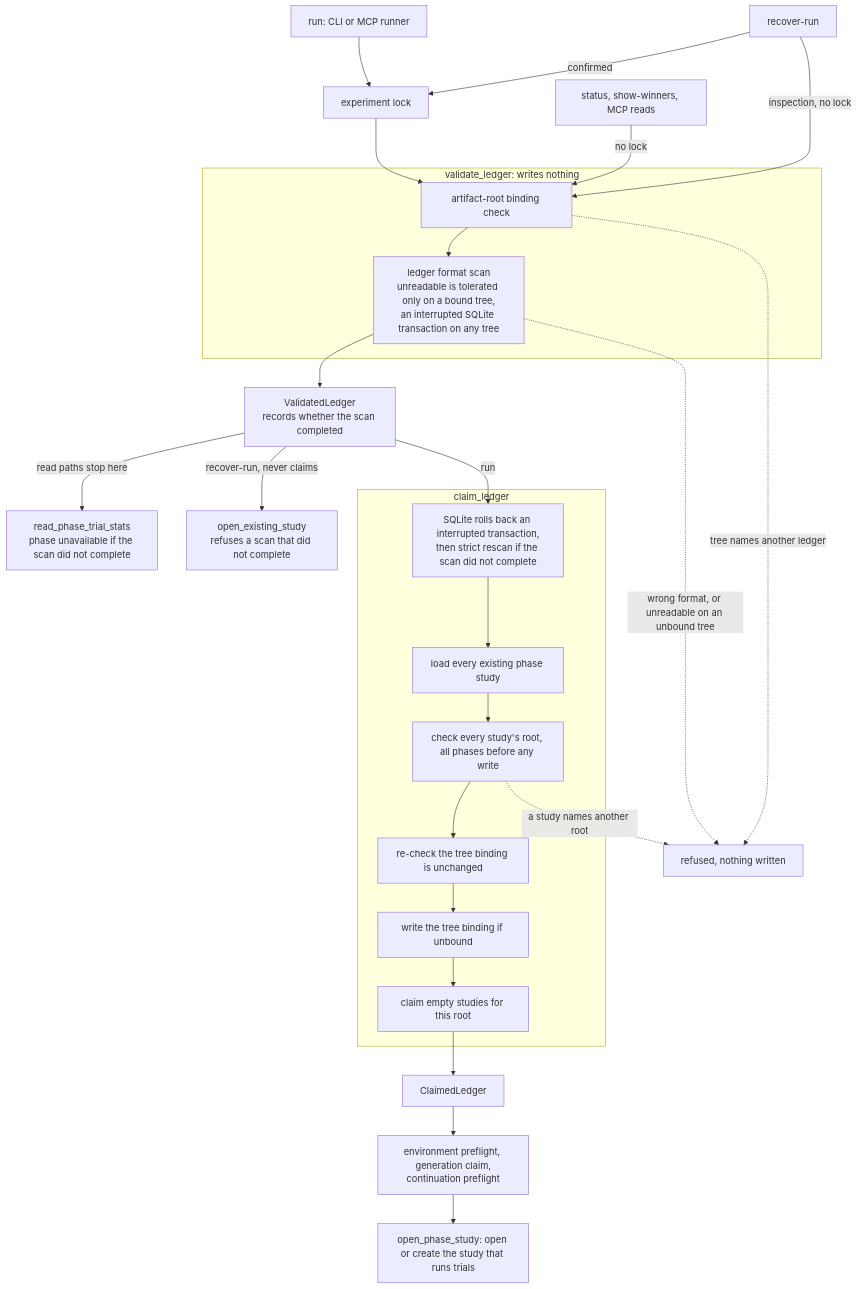
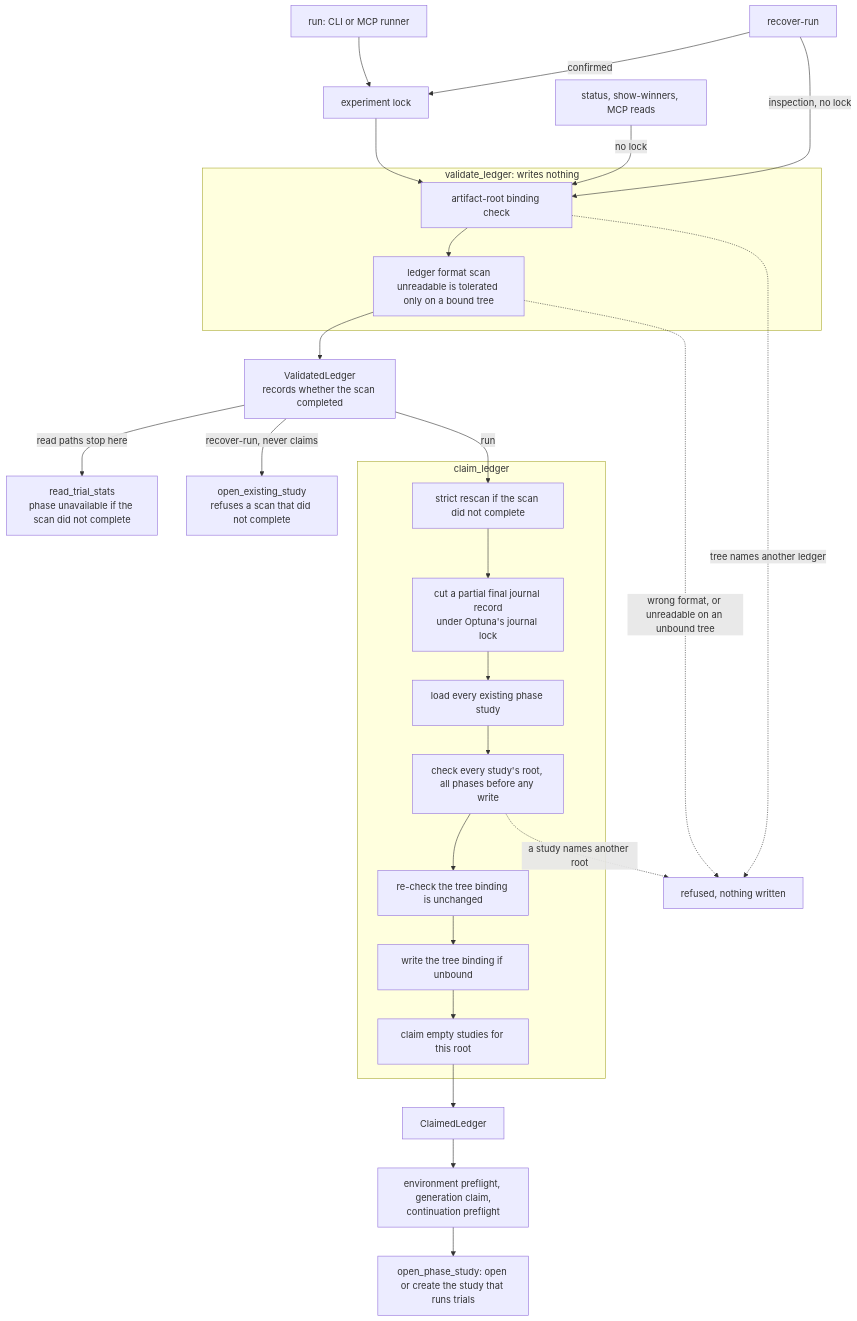
Before and after one commit to pszemraj/phasesweep: the diagram in docs/invariants.md, drawn with Mermaid. The commit also changed other lines of this file and 328 other files, not shown here.

First line of the commit message:
feat: Optuna's journal as only ledger, consolidate duplicated code (#14)

````diff
--- a/docs/invariants.md
+++ b/docs/invariants.md
@@ -52,28 +53,29 @@
 ```mermaid
 flowchart TD
     run["run: CLI or MCP runner"] --> lock["experiment lock"]
     recover["recover-run"] -->|"confirmed"| lock
     recover -->|"inspection, no lock"| check
     reads["status, show-winners, MCP reads"] -->|"no lock"| check
     lock --> check
     subgraph validate["validate_ledger: writes nothing"]
-        check["artifact-root binding check"] --> scan["ledger format scan<br/>unreadable is tolerated only on a bound tree,<br/>an interrupted SQLite transaction on any tree"]
+        check["artifact-root binding check"] --> scan["ledger format scan<br/>unreadable is tolerated only on a bound tree"]
     end
     scan --> handle["ValidatedLedger<br/>records whether the scan completed"]
-    handle -->|"read paths stop here"| ro["read_phase_trial_stats<br/>phase unavailable if the scan did not complete"]
+    handle -->|"read paths stop here"| ro["read_trial_stats<br/>phase unavailable if the scan did not complete"]
     handle -->|"recover-run, never claims"| existing["open_existing_study<br/>refuses a scan that did not complete"]
     handle -->|"run"| rescan
     subgraph claim["claim_ledger"]
-        rescan["SQLite rolls back an interrupted transaction,<br/>then strict rescan if the scan did not complete"] --> discover["load every existing phase study"]
+        rescan["strict rescan if the scan did not complete"] --> repair["cut a partial final journal record<br/>under Optuna's journal lock"]
+        repair --> discover["load every existing phase study"]
         discover --> roots["check every study's root, all phases before any write"]
         roots --> recheck["re-check the tree binding is unchanged"]
         recheck --> bind["write the tree binding if unbound"]
         bind --> claimst["claim empty studies for this root"]
     end
     claimst --> claimed["ClaimedLedger"]
     claimed --> pre["environment preflight, generation claim,<br/>continuation preflight"]
     pre --> open["open_phase_study: open or create the study that runs trials"]
     check -.->|"tree names another ledger"| refused["refused, nothing written"]
     scan -.->|"wrong format, or unreadable on an unbound tree"| refused
     roots -.->|"a study names another root"| refused
 ```
````
